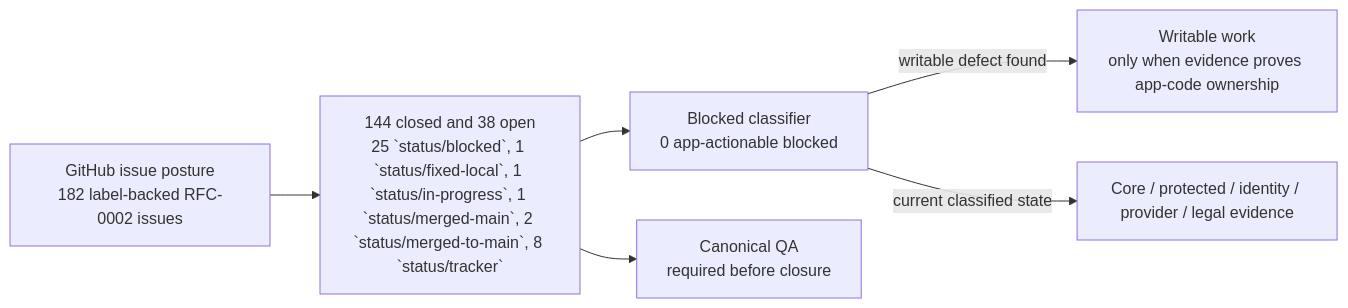
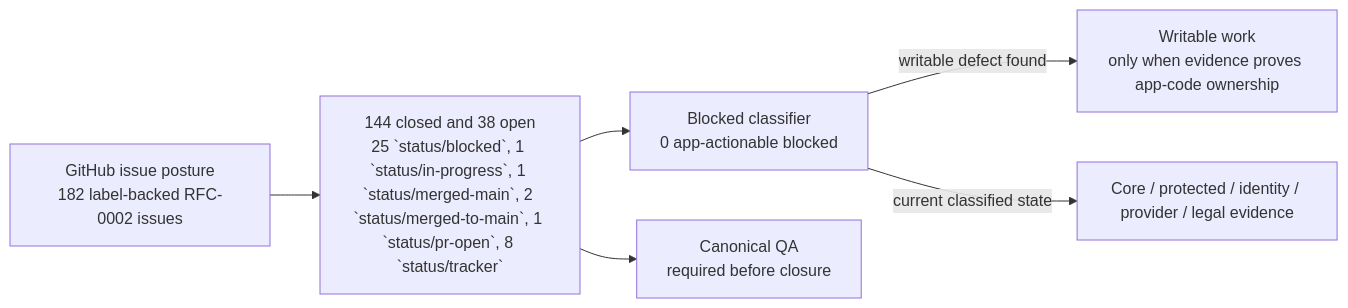
One commit to sgajbi/lotus-idea changed the first of 2 diagrams in wiki/RFC-0002-Execution-Status.md. Above: the diagram before and after it, drawn with Mermaid. The commit also changed other lines of this file and 9 other files, not shown here.

````diff
--- a/wiki/RFC-0002-Execution-Status.md
+++ b/wiki/RFC-0002-Execution-Status.md
@@ -39,15 +39,15 @@
 ```mermaid
 flowchart LR
     Issues["GitHub issue posture<br/>182 label-backed RFC-0002 issues"]
-    Open["144 closed and 38 open<br/>25 `status/blocked`, 1 `status/fixed-local`, 1 `status/in-progress`, 1 `status/merged-main`, 2 `status/merged-to-main`, 8 `status/tracker`"]
+    Open["144 closed and 38 open<br/>25 `status/blocked`, 1 `status/in-progress`, 1 `status/merged-main`, 2 `status/merged-to-main`, 1 `status/pr-open`, 8 `status/tracker`"]
     Blocked["Blocked classifier<br/>0 app-actionable blocked"]
     Work["Writable work<br/>only when evidence proves app-code ownership"]
     External["Core / protected / identity / provider / legal evidence"]
     QA["Canonical QA<br/>required before closure"]
 
     Issues --> Open
     Open --> Blocked
     Blocked -->|"writable defect found"| Work
     Blocked -->|"current classified state"| External
     Open --> QA
 ```
````
